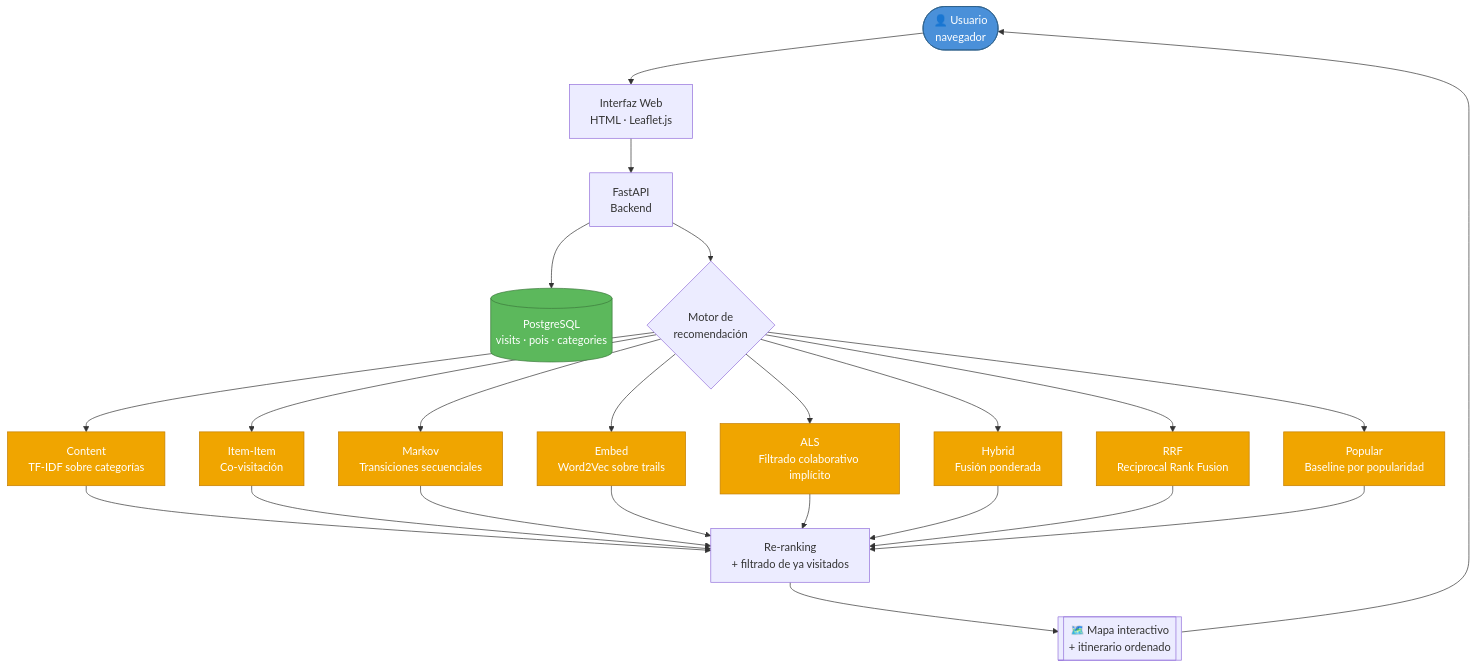
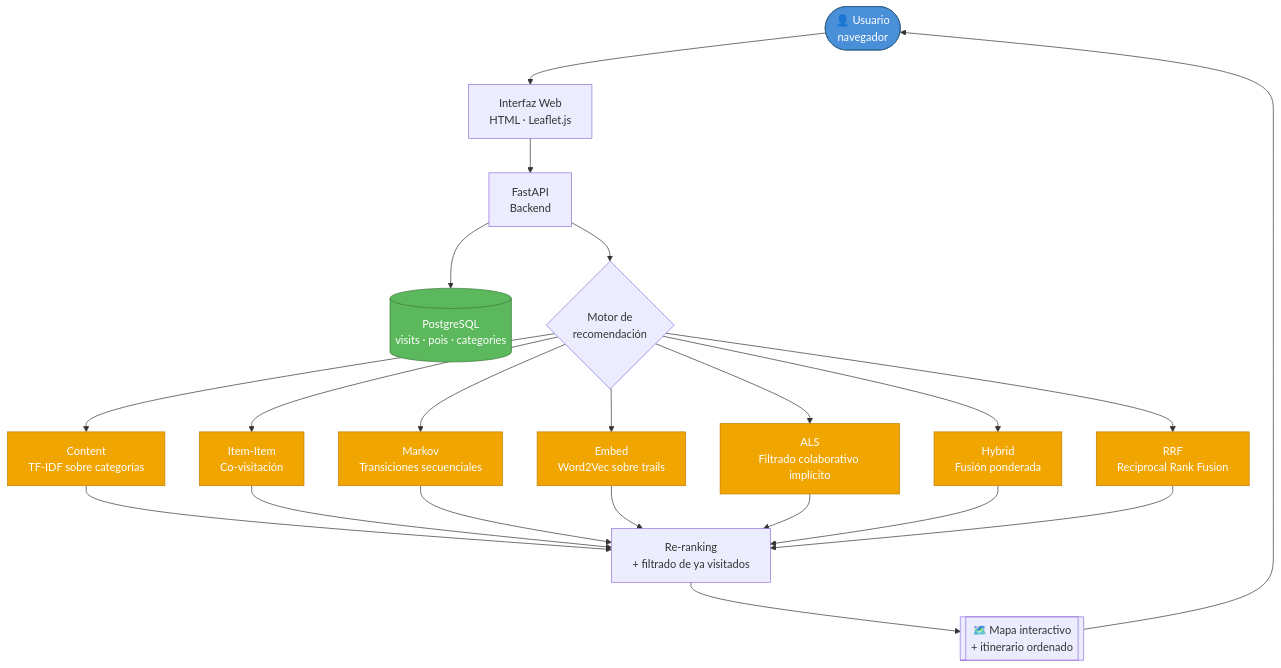
One commit to davidtarrasa/TFG-Tourism-Route-Recommendation changed the first of 4 diagrams in README.md. Above: the diagram before and after it, drawn with Mermaid.

Commit message:
feat(readme): actualizaciones

````diff
--- a/README.md
+++ b/README.md
@@ -509,32 +509,31 @@
 ```mermaid
 flowchart TD
     U(["👤 Usuario\nnavegador"]):::user
     W["Interfaz Web\nHTML · Leaflet.js"]
     API["FastAPI\nBackend"]
     DB[("PostgreSQL\nvisits · pois · categories")]
     REC{"Motor de\nrecomendación"}
     CF["Content\nTF-IDF sobre categorías"]
     II["Item-Item\nCo-visitación"]
     MK["Markov\nTransiciones secuenciales"]
     EM["Embed\nWord2Vec sobre trails"]
     AL["ALS\nFiltrado colaborativo implícito"]
     HY["Hybrid\nFusión ponderada"]
     RRF["RRF\nReciprocal Rank Fusion"]
-    POP["Popular\nBaseline por popularidad"]
     RANK["Re-ranking\n+ filtrado de ya visitados"]
     MAP[["🗺️ Mapa interactivo\n+ itinerario ordenado"]]
 
     U --> W --> API
     API --> DB
     API --> REC
-    REC --> CF & II & MK & EM & AL & HY & RRF & POP
-    CF & II & MK & EM & AL & HY & RRF & POP --> RANK
+    REC --> CF & II & MK & EM & AL & HY & RRF
+    CF & II & MK & EM & AL & HY & RRF --> RANK
     RANK --> MAP --> U
 
     classDef user fill:#4a90d9,color:#fff,stroke:#2c5f8a
     classDef engine fill:#f0a500,color:#fff,stroke:#c47e00
     classDef db fill:#5cb85c,color:#fff,stroke:#3d7a3d
     class U user
-    class CF,II,MK,EM,AL,HY,RRF,POP engine
+    class CF,II,MK,EM,AL,HY,RRF engine
     class DB db
 ```
````
